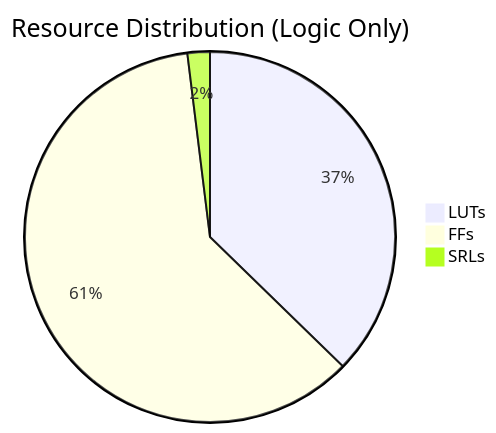
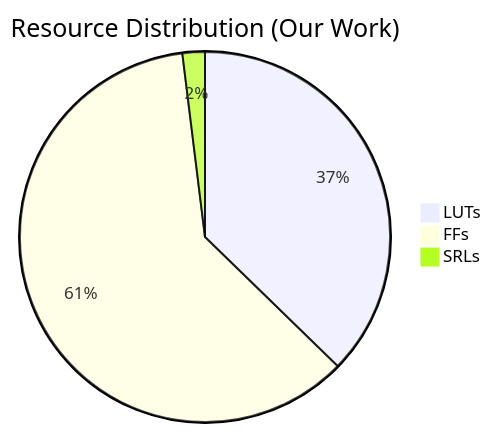
Before and after one commit to rockyco/llm-fpga-design: the fourth of 6 diagrams in implementations/peakPicker/documentation/paper.md, drawn with Mermaid. The commit also changed other lines of this file and 9 other files, not shown here.

````diff
--- a/implementations/peakPicker/documentation/paper.md
+++ b/implementations/peakPicker/documentation/paper.md
@@ -269,6 +293,6 @@
 ```mermaid
-pie title Resource Distribution (Logic Only)
+pie title Resource Distribution (Our Work)
     "LUTs" : 324
     "FFs" : 528
     "SRLs" : 17
 ```
````
